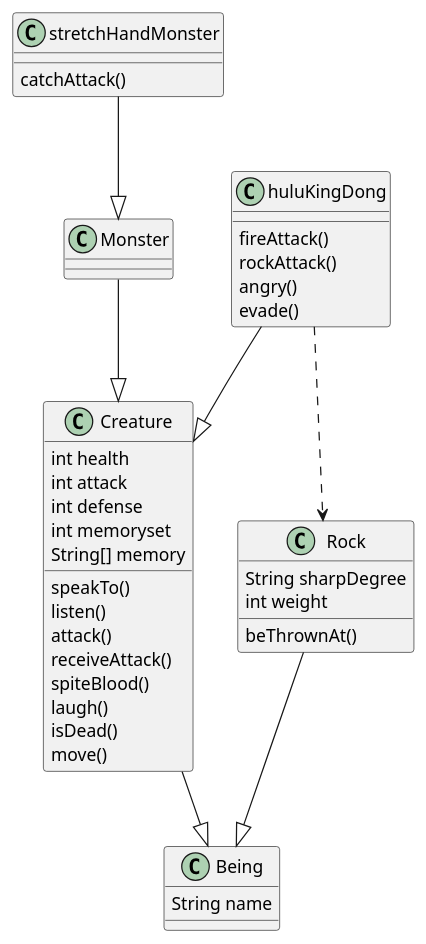
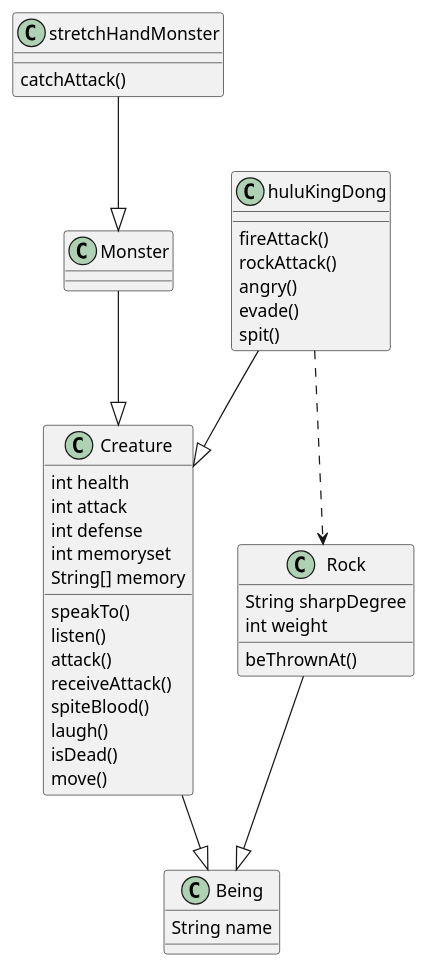
One commit to zzandy2020/jwork-2021 changed the diagram in W01/S191850263/uml/characters.puml. Above: the diagram before and after it, drawn with PlantUML. The commit also changed 4 other files, not shown here.

```diff
--- a/W01/S191850263/uml/characters.puml
+++ b/W01/S191850263/uml/characters.puml
@@ -1,44 +1,45 @@
 @startuml
 class Being {
 String name
 }
 class Creature{
 int health
 int attack
 int defense
 int memoryset
 String[] memory
 speakTo()
 listen()
 attack()
 receiveAttack()
 spiteBlood()
 laugh()
 isDead()
 move()
 
 }
 class Monster{
 
 }
 class Rock{
 String sharpDegree
 int weight
 beThrownAt()
 }
 class huluKingDong{
 fireAttack()
 rockAttack()
 angry()
 evade()
+spit()
 }
 class stretchHandMonster{
 catchAttack()
 }
 Creature--|>Being
 huluKingDong..>Rock
 Rock--|>Being
 stretchHandMonster--|>Monster
 Monster--|>Creature
 huluKingDong--|>Creature
 @enduml
```
